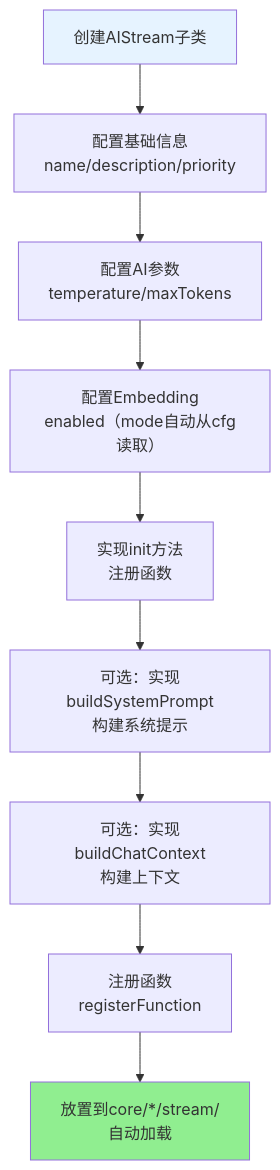
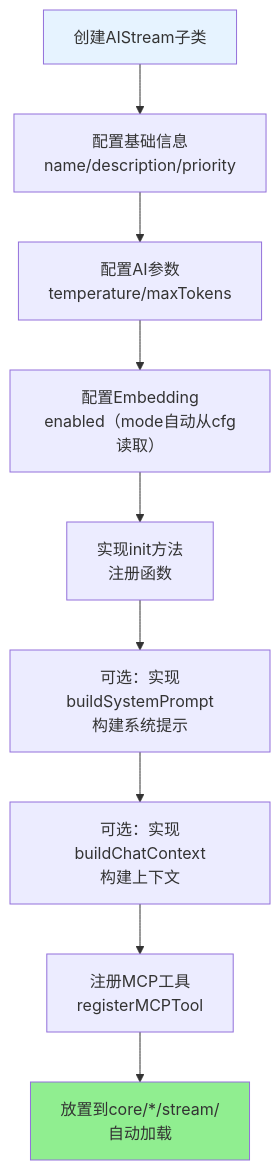
One commit to sunflowermm/XRK-AGT changed the third of 9 diagrams in docs/框架可扩展性指南.md. Above: the diagram before and after it, drawn with Mermaid. The commit also changed other lines of this file and 23 other files, not shown here.

````diff
--- a/docs/框架可扩展性指南.md
+++ b/docs/框架可扩展性指南.md
@@ -411,14 +411,14 @@
 ```mermaid
 flowchart TB
     A["创建AIStream子类"] --> B["配置基础信息<br/>name/description/priority"]
     B --> C["配置AI参数<br/>temperature/maxTokens"]
     C --> D["配置Embedding<br/>enabled（mode自动从cfg读取）"]
     D --> E["实现init方法<br/>注册函数"]
     E --> F["可选：实现buildSystemPrompt<br/>构建系统提示"]
     F --> G["可选：实现buildChatContext<br/>构建上下文"]
-    G --> H["注册函数<br/>registerFunction"]
+    G --> H["注册MCP工具<br/>registerMCPTool"]
     H --> I["放置到core/*/stream/<br/>自动加载"]
     
     style A fill:#E6F3FF
     style I fill:#90EE90
 ```
````
